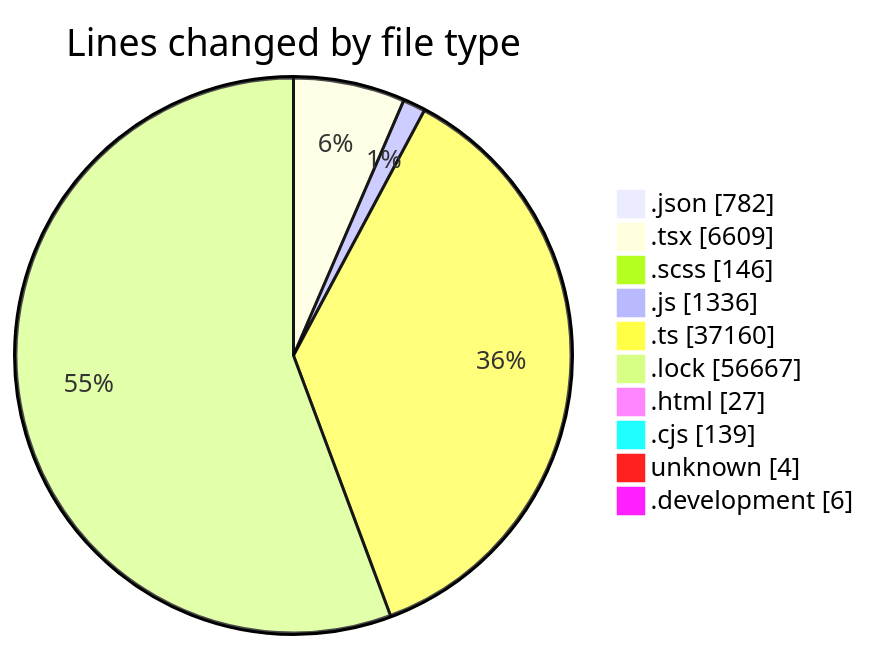
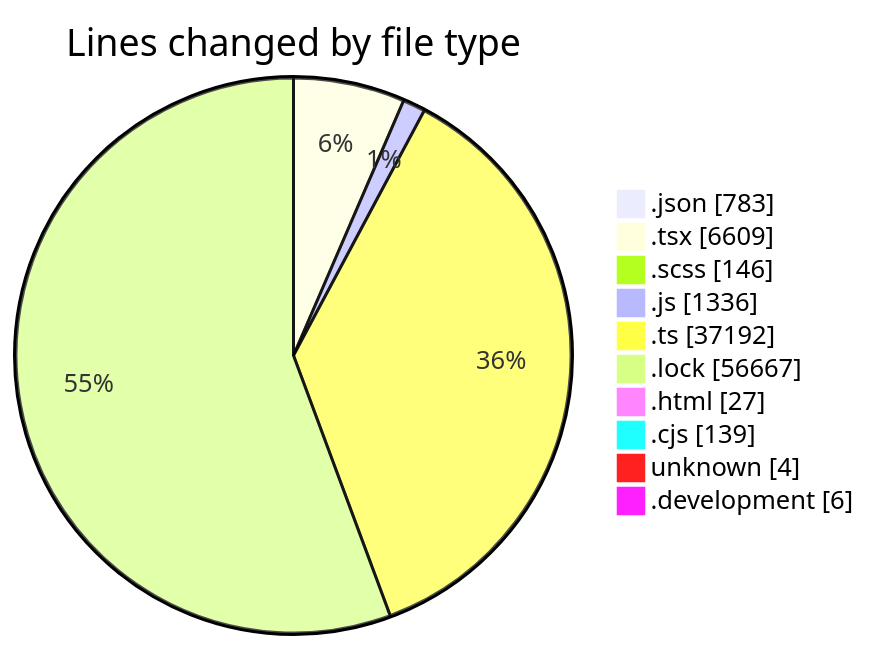
The first of 2 diagrams in 2026-09-03/cda/README.md (momahboobian/code-tracking), drawn with Mermaid before and after one commit. The commit also changed other lines of this file and 1 other file, not shown here.

````diff
--- a/2026-09-03/cda/README.md
+++ b/2026-09-03/cda/README.md
@@ -83,14 +84,14 @@
 ```mermaid
 pie showData
 title Lines changed by file type
-".json" : 782
+".json" : 783
 ".tsx" : 6609
 ".scss" : 146
 ".js" : 1336
-".ts" : 37160
+".ts" : 37192
 ".lock" : 56667
 ".html" : 27
 ".cjs" : 139
 "unknown" : 4
 ".development" : 6
 ```
````
